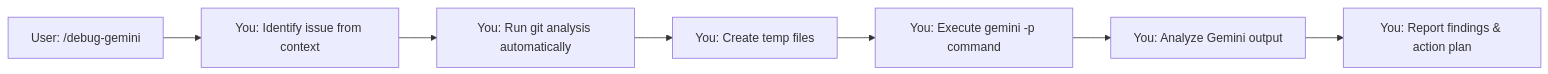
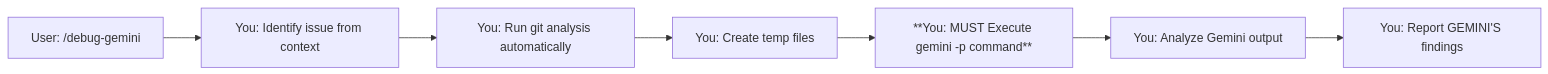
One commit to hoidn/PtychoPINN changed the diagram in .claude/commands/debug-gemini-v3.md. Above: the diagram before and after it, drawn with Mermaid. The commit also changed other lines of this file and 1 other file, not shown here.

Commit message:
update slash command

````diff
--- a/.claude/commands/debug-gemini-v3.md
+++ b/.claude/commands/debug-gemini-v3.md
@@ -29,9 +48,9 @@
 ```mermaid
 graph LR
     A[User: /debug-gemini] --> B[You: Identify issue from context]
     B --> C[You: Run git analysis automatically]
     C --> D[You: Create temp files]
-    D --> E[You: Execute gemini -p command]
+    D --> E[**You: MUST Execute gemini -p command**]
     E --> F[You: Analyze Gemini output]
-    F --> G[You: Report findings & action plan]
+    F --> G[You: Report GEMINI'S findings]
 ```
````
